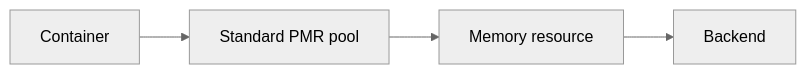
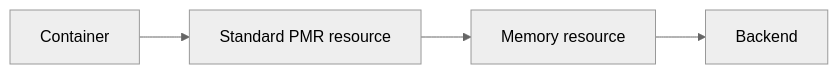
The diagram in docs/guides/containers.md (dugan-dev/UniMemory), drawn with Mermaid (neutral theme) before and after one commit. The commit also changed other lines of this file and 44 other files, not shown here.

````diff
--- a/docs/guides/containers.md
+++ b/docs/guides/containers.md
@@ -34,6 +46,6 @@
 ```mermaid
 flowchart LR
-    A[Container] --> B[Standard PMR pool]
+    A[Container] --> B[Standard PMR resource]
     B --> C[Memory resource]
     C --> D[Backend]
 ```
````
